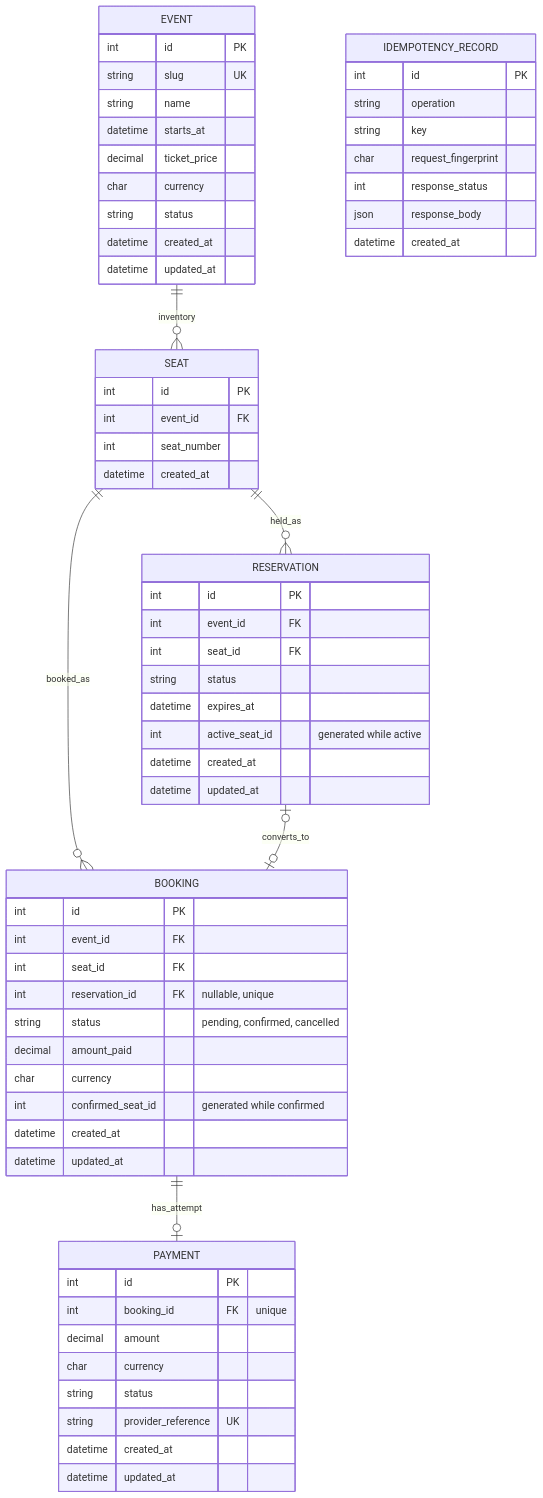
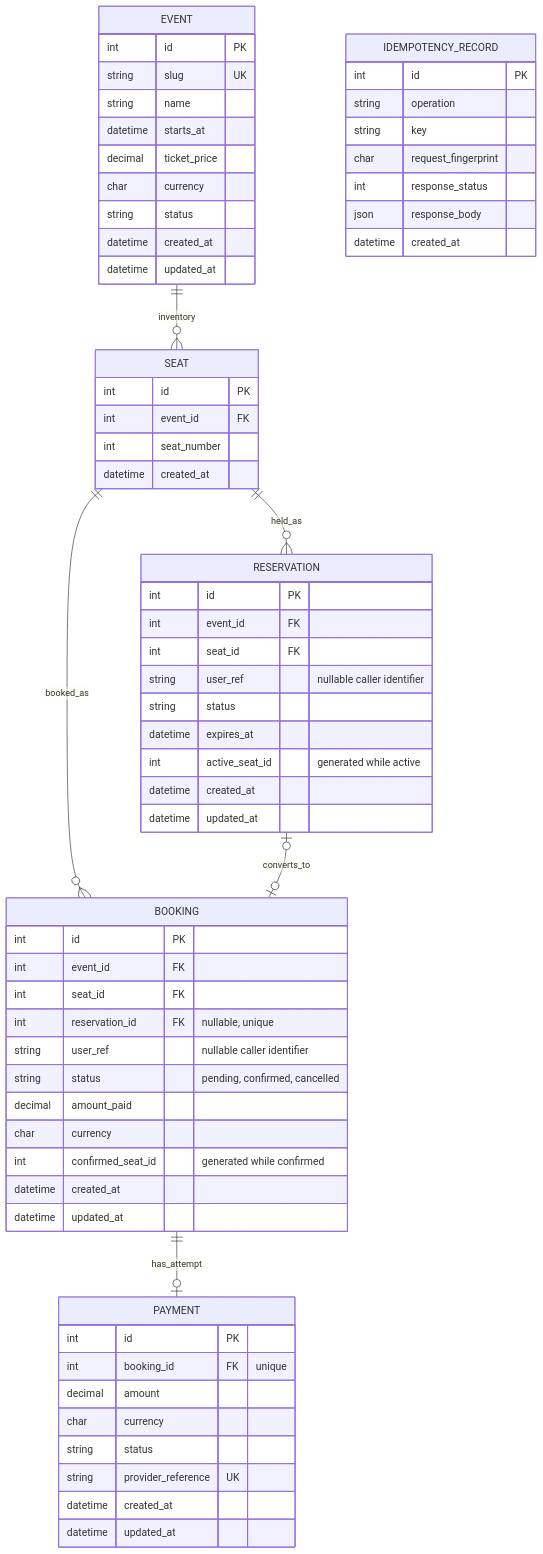
One commit to Aditesh26/TheLastSeat changed the diagram in docs/ERD.md. Above: the diagram before and after it, drawn with Mermaid. The commit also changed other lines of this file and 17 other files, not shown here.

````diff
--- a/docs/ERD.md
+++ b/docs/ERD.md
@@ -8,67 +8,69 @@
 ```mermaid
 erDiagram
     EVENT ||--o{ SEAT : inventory
     SEAT ||--o{ RESERVATION : held_as
     SEAT ||--o{ BOOKING : booked_as
     RESERVATION o|--o| BOOKING : converts_to
     BOOKING ||--o| PAYMENT : has_attempt
 
     EVENT {
         int id PK
         string slug UK
         string name
         datetime starts_at
         decimal ticket_price
         char currency
         string status
         datetime created_at
         datetime updated_at
     }
     SEAT {
         int id PK
         int event_id FK
         int seat_number
         datetime created_at
     }
     RESERVATION {
         int id PK
         int event_id FK
         int seat_id FK
+        string user_ref "nullable caller identifier"
         string status
         datetime expires_at
         int active_seat_id "generated while active"
         datetime created_at
         datetime updated_at
     }
     BOOKING {
         int id PK
         int event_id FK
         int seat_id FK
         int reservation_id FK "nullable, unique"
+        string user_ref "nullable caller identifier"
         string status "pending, confirmed, cancelled"
         decimal amount_paid
         char currency
         int confirmed_seat_id "generated while confirmed"
         datetime created_at
         datetime updated_at
     }
     PAYMENT {
         int id PK
         int booking_id FK "unique"
         decimal amount
         char currency
         string status
         string provider_reference UK
         datetime created_at
         datetime updated_at
     }
     IDEMPOTENCY_RECORD {
         int id PK
         string operation
         string key
         char request_fingerprint
         int response_status
         json response_body
         datetime created_at
     }
 ```
````
